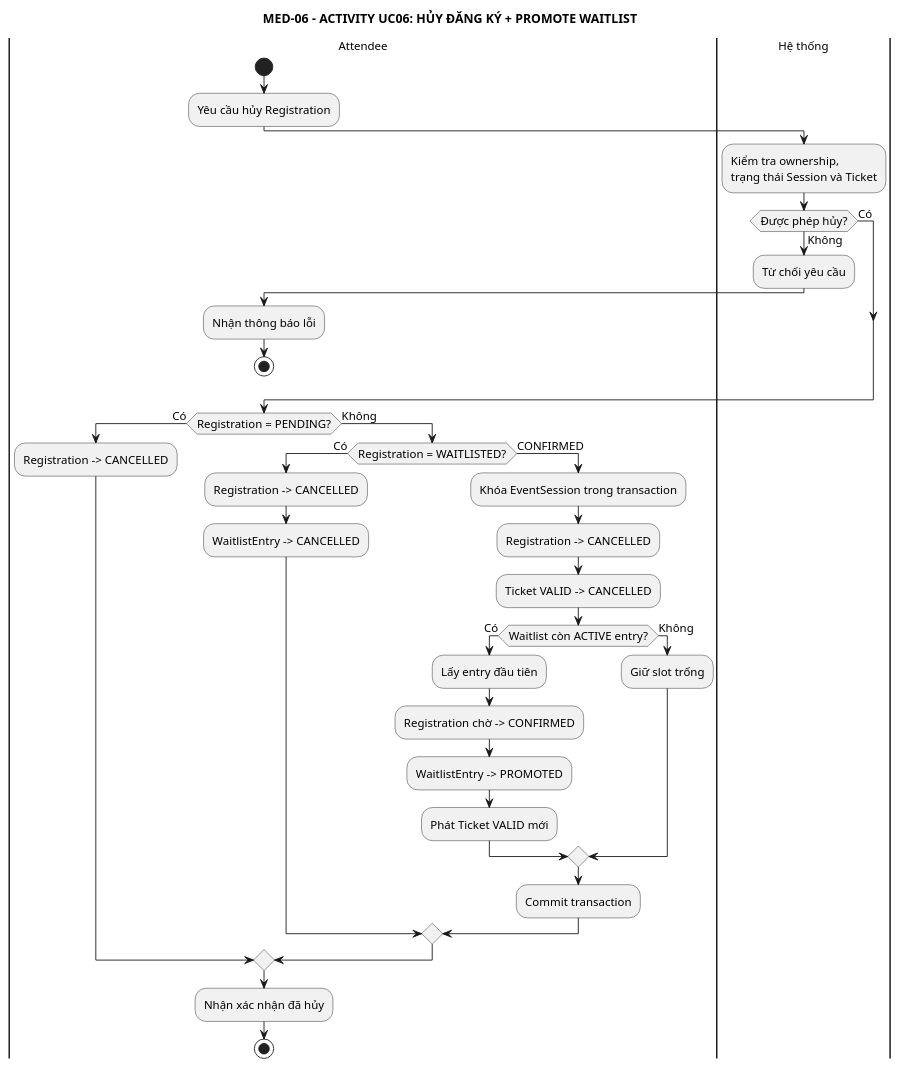
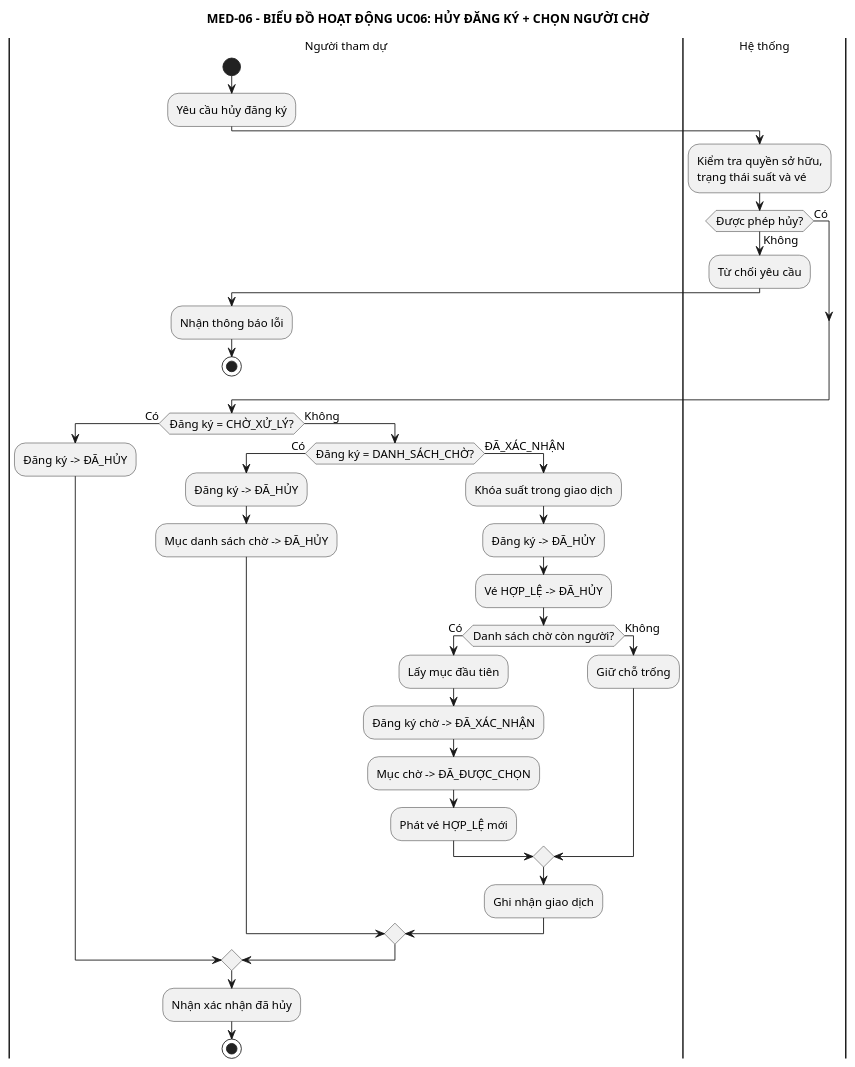
Before and after one commit to anh632k-ui/OOP-DoAn: the diagram in PTTK/06_Activity/02-cancel-promote-flow.puml, drawn with PlantUML.

Commit message:
docs(tv): Việt hóa sơ đồ PTTK động

```diff
--- a/PTTK/06_Activity/02-cancel-promote-flow.puml
+++ b/PTTK/06_Activity/02-cancel-promote-flow.puml
@@ -1,53 +1,43 @@
 @startuml
 skinparam monochrome true
 skinparam shadowing false
 skinparam defaultFontSize 13
-
-title MED-06 - ACTIVITY UC06: HỦY ĐĂNG KÝ + PROMOTE WAITLIST
-
-|Attendee|
+title MED-06 - BIỂU ĐỒ HOẠT ĐỘNG UC06: HỦY ĐĂNG KÝ + CHỌN NGƯỜI CHỜ
+|Người tham dự|
 start
-:Yêu cầu hủy Registration;
-
+:Yêu cầu hủy đăng ký;
 |Hệ thống|
-:Kiểm tra ownership,
-trạng thái Session và Ticket;
-
+:Kiểm tra quyền sở hữu,
+trạng thái suất và vé;
 if (Được phép hủy?) then (Có)
 else (Không)
   :Từ chối yêu cầu;
-  |Attendee|
+  |Người tham dự|
   :Nhận thông báo lỗi;
   stop
 endif
-
-if (Registration = PENDING?) then (Có)
-  :Registration -> CANCELLED;
-
+if (Đăng ký = CHỜ_XỬ_LÝ?) then (Có)
+  :Đăng ký -> ĐÃ_HỦY;
 else (Không)
-  if (Registration = WAITLISTED?) then (Có)
-    :Registration -> CANCELLED;
-    :WaitlistEntry -> CANCELLED;
-
-  else (CONFIRMED)
-    :Khóa EventSession trong transaction;
-    :Registration -> CANCELLED;
-    :Ticket VALID -> CANCELLED;
-
-    if (Waitlist còn ACTIVE entry?) then (Có)
-      :Lấy entry đầu tiên;
-      :Registration chờ -> CONFIRMED;
-      :WaitlistEntry -> PROMOTED;
-      :Phát Ticket VALID mới;
+  if (Đăng ký = DANH_SÁCH_CHỜ?) then (Có)
+    :Đăng ký -> ĐÃ_HỦY;
+    :Mục danh sách chờ -> ĐÃ_HỦY;
+  else (ĐÃ_XÁC_NHẬN)
+    :Khóa suất trong giao dịch;
+    :Đăng ký -> ĐÃ_HỦY;
+    :Vé HỢP_LỆ -> ĐÃ_HỦY;
+    if (Danh sách chờ còn người?) then (Có)
+      :Lấy mục đầu tiên;
+      :Đăng ký chờ -> ĐÃ_XÁC_NHẬN;
+      :Mục chờ -> ĐÃ_ĐƯỢC_CHỌN;
+      :Phát vé HỢP_LỆ mới;
     else (Không)
-      :Giữ slot trống;
+      :Giữ chỗ trống;
     endif
-
-    :Commit transaction;
+    :Ghi nhận giao dịch;
   endif
 endif
-
-|Attendee|
+|Người tham dự|
 :Nhận xác nhận đã hủy;
 stop
 @enduml
```
